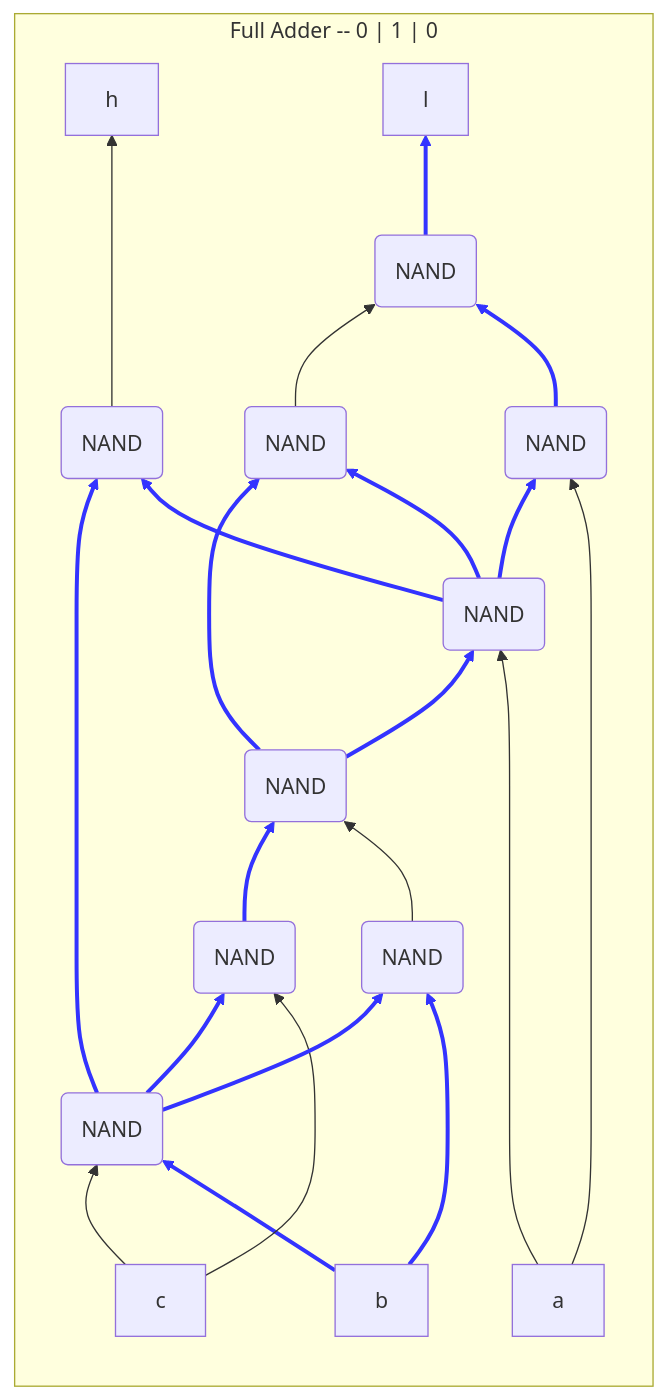
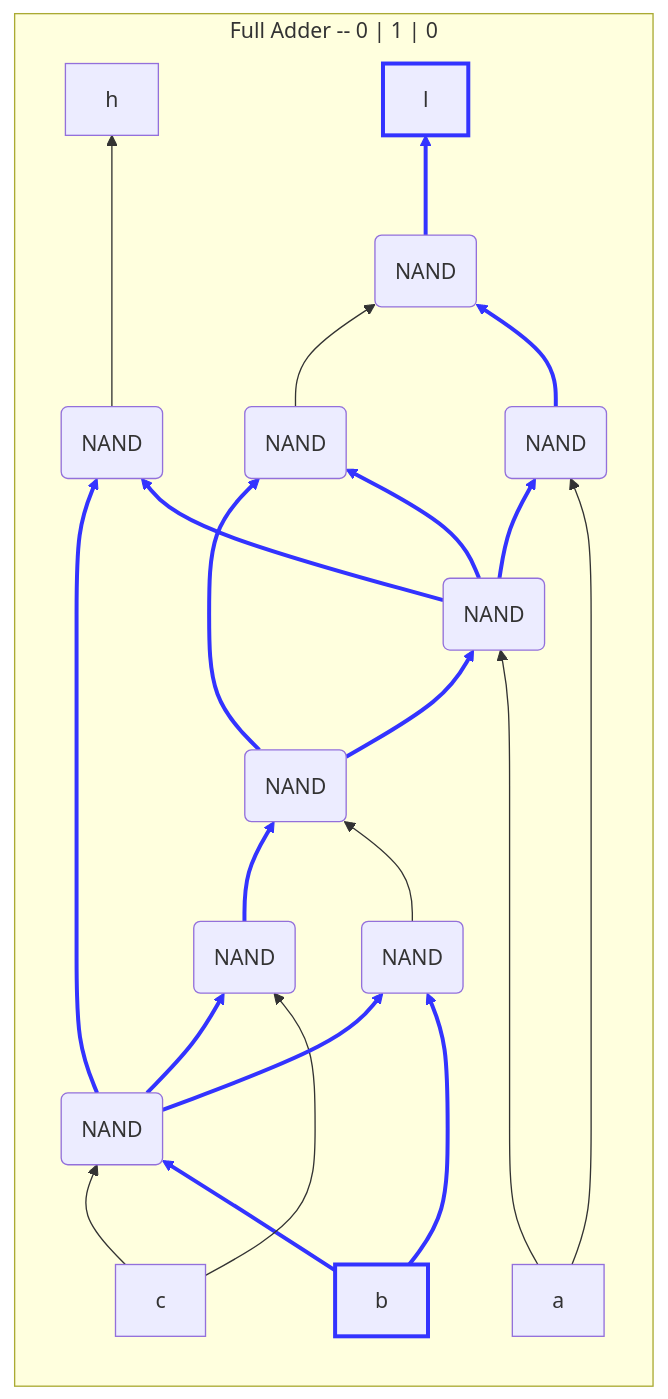
Before and after one commit to DaveyJH/nandgame: the third of 8 diagrams in arithmetic/full-adder.md, drawn with Mermaid. The commit also changed other lines of this file, not shown here.

````diff
--- a/arithmetic/full-adder.md
+++ b/arithmetic/full-adder.md
@@ -53,32 +54,33 @@
 ```mermaid
 flowchart BT
 subgraph "Full Adder -- 0 | 1 | 0"
 direction BT
 
 a[a]----->n1(NAND) & n2(NAND);
-b[b]-->n3(NAND) & n4(NAND);
+b[b]:::ON-->n3(NAND) & n4(NAND);
 c[c]-->n4 & n5(NAND);
 n1-->n2 & n6(NAND) & n8(NAND);
 n2-->n9(NAND);
 n3-->n7(NAND);
 n4-->n3 & n6 & n5;
 n5-->n7;
 n6--->h[h];
 n7-->n8 & n1;
 n8-->n9;
-n9-->l[l];
+n9-->l[l]:::ON;
+classDef ON stroke:#33f,stroke-width:3px;
 linkStyle 2 stroke:#33f,stroke-width:3px;
 linkStyle 3 stroke:#33f,stroke-width:3px;
 linkStyle 6 stroke:#33f,stroke-width:3px;
 linkStyle 7 stroke:#33f,stroke-width:3px;
 linkStyle 8 stroke:#33f,stroke-width:3px;
 linkStyle 9 stroke:#33f,stroke-width:3px;
 linkStyle 11 stroke:#33f,stroke-width:3px;
 linkStyle 12 stroke:#33f,stroke-width:3px;
 linkStyle 13 stroke:#33f,stroke-width:3px;
 linkStyle 14 stroke:#33f,stroke-width:3px;
 linkStyle 16 stroke:#33f,stroke-width:3px;
 linkStyle 17 stroke:#33f,stroke-width:3px;
 linkStyle 19 stroke:#33f,stroke-width:3px;
 end
 ```
````
